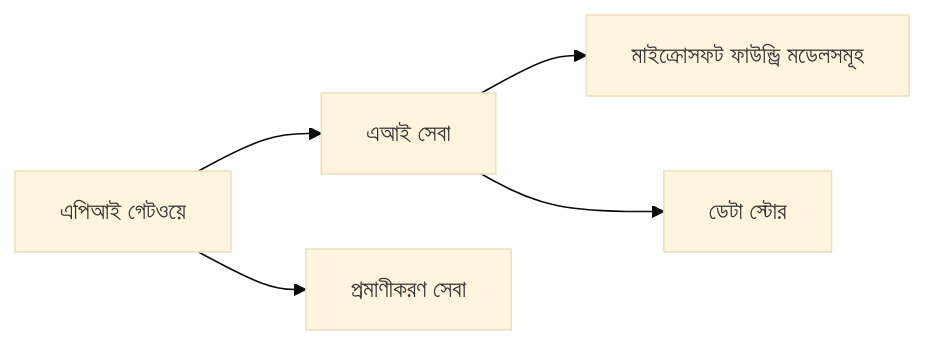
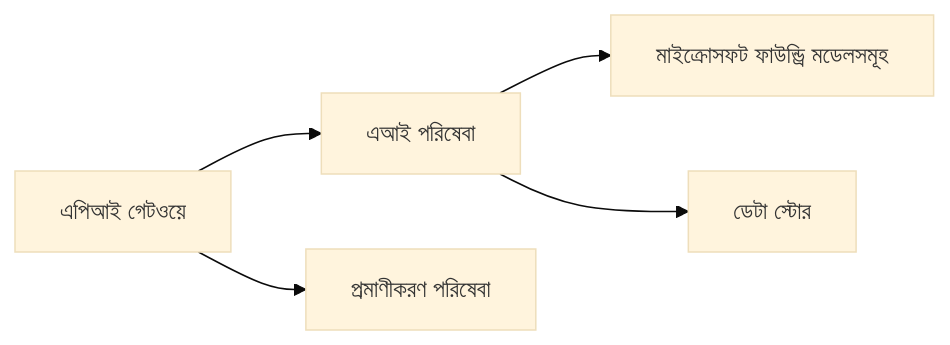
The first of 2 diagrams in translations/bn/docs/chapter-08-production/README.md (microsoft/AZD-for-beginners), drawn with Mermaid (base theme) before and after one commit. The commit also changed other lines of this file and 101 other files, not shown here.

````diff
--- a/translations/bn/docs/chapter-08-production/README.md
+++ b/translations/bn/docs/chapter-08-production/README.md
@@ -46,6 +48,6 @@
 ```mermaid
 graph LR
-    Gateway[এপিআই গেটওয়ে] --> AI[এআই সেবা] --> Models[মাইক্রোসফট ফাউন্ড্রি মডেলসমূহ]
-    Gateway --> Auth[প্রমাণীকরণ সেবা]
+    Gateway[এপিআই গেটওয়ে] --> AI[এআই পরিষেবা] --> Models[মাইক্রোসফট ফাউন্ড্রি মডেলসমূহ]
+    Gateway --> Auth[প্রমাণীকরণ পরিষেবা]
     AI --> Data[ডেটা স্টোর]
 ```
````
